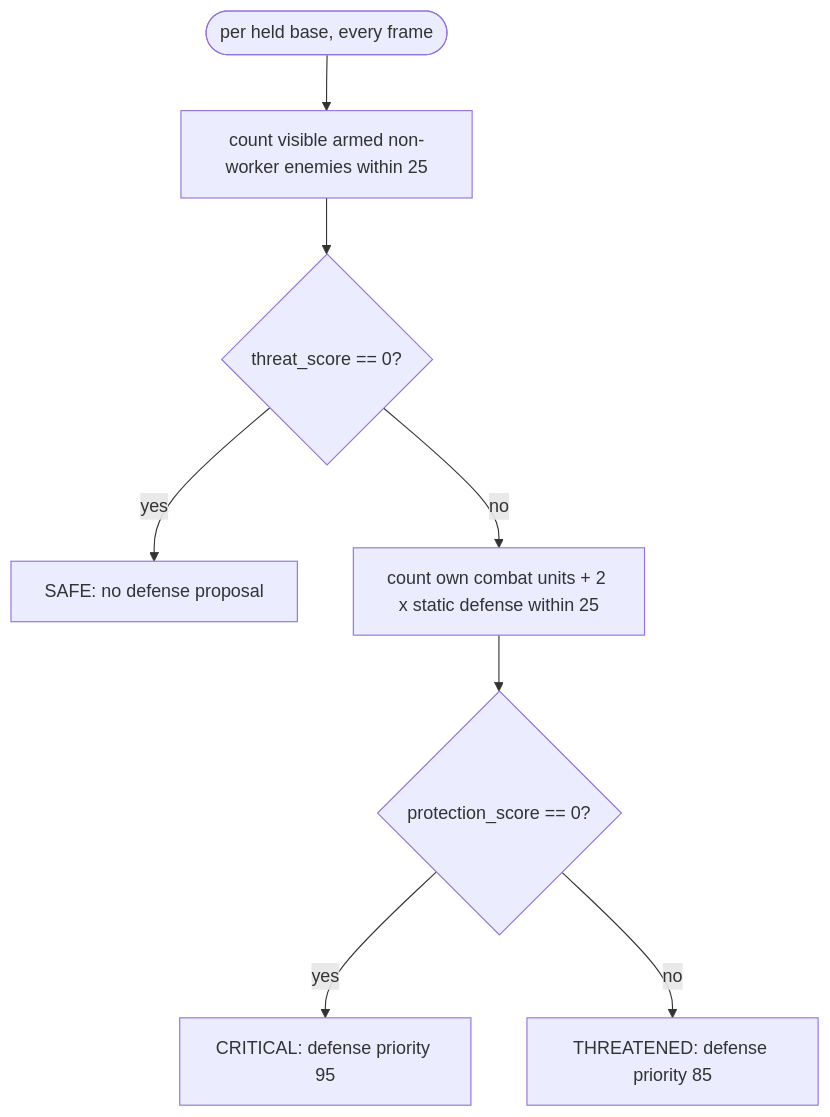
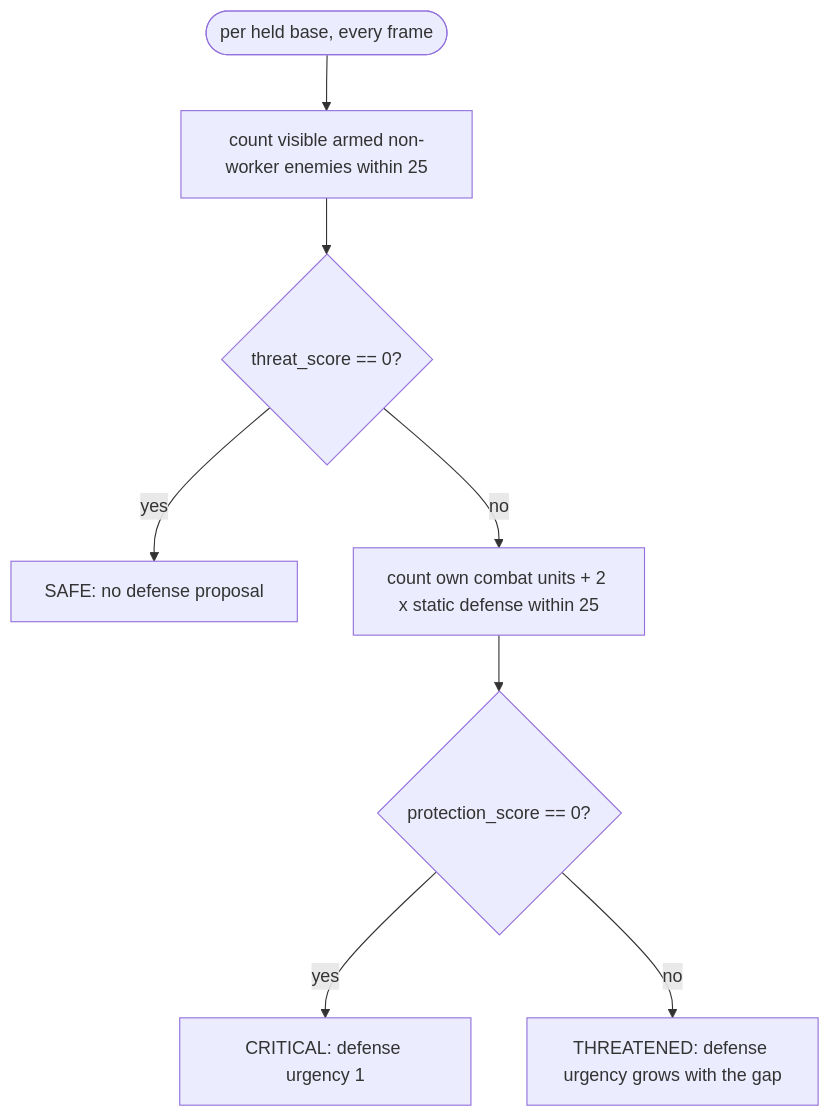
One commit to LeonardoSilvestrin/sc2bot changed the diagram in docs/world/base-security.md. Above: the diagram before and after it, drawn with Mermaid. The commit also changed 25 other files, not shown here.

````diff
--- a/docs/world/base-security.md
+++ b/docs/world/base-security.md
@@ -43,10 +43,10 @@
 ```mermaid
 flowchart TD
     Start(["per held base, every frame"]) --> Count["count visible armed non-worker enemies within 25"]
     Count --> Zero{"threat_score == 0?"}
     Zero -->|yes| Safe["SAFE: no defense proposal"]
     Zero -->|no| Protect["count own combat units + 2 x static defense within 25"]
     Protect --> None{"protection_score == 0?"}
-    None -->|yes| Critical["CRITICAL: defense priority 95"]
-    None -->|no| Threatened["THREATENED: defense priority 85"]
+    None -->|yes| Critical["CRITICAL: defense urgency 1"]
+    None -->|no| Threatened["THREATENED: defense urgency grows with the gap"]
 ```
````
